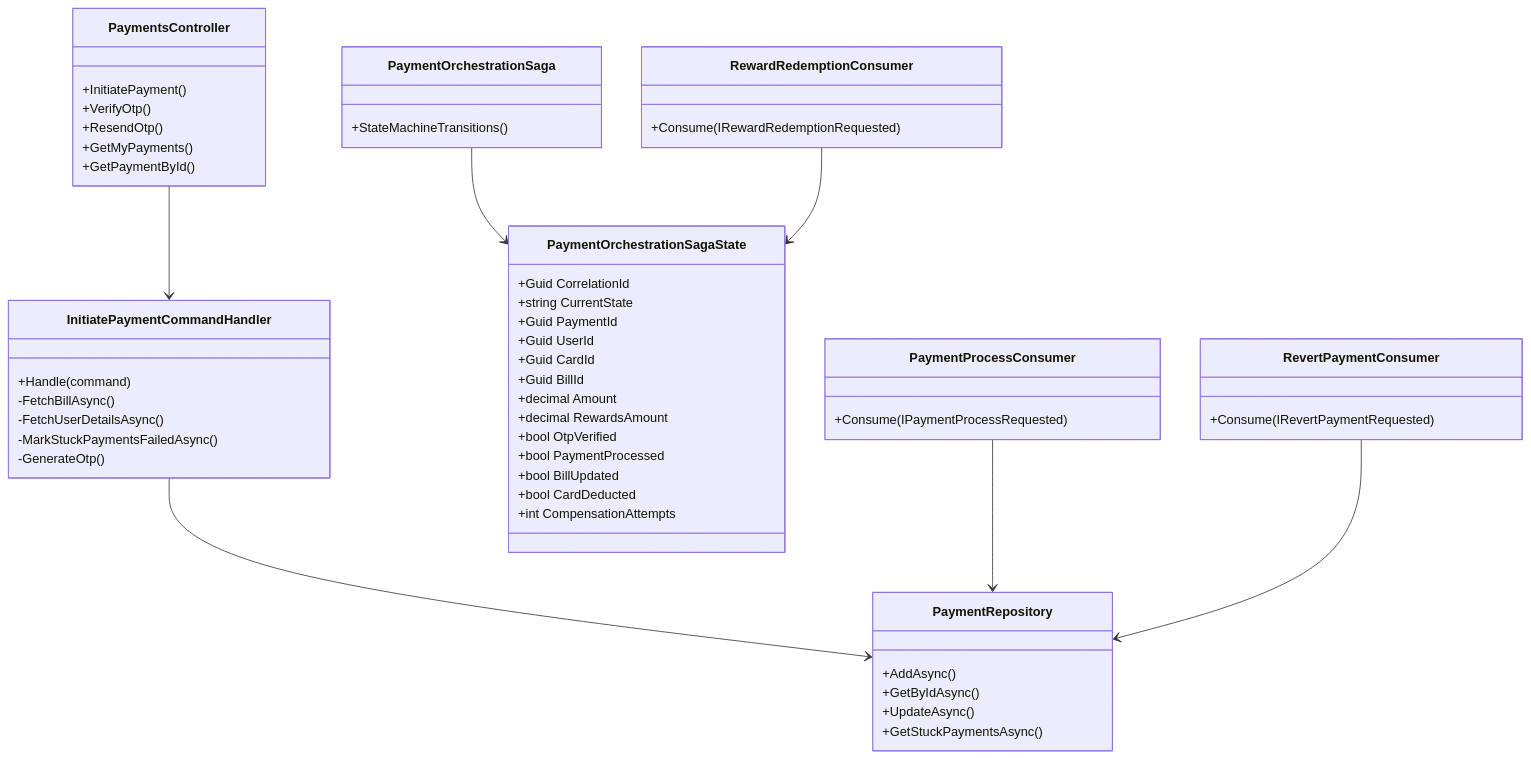
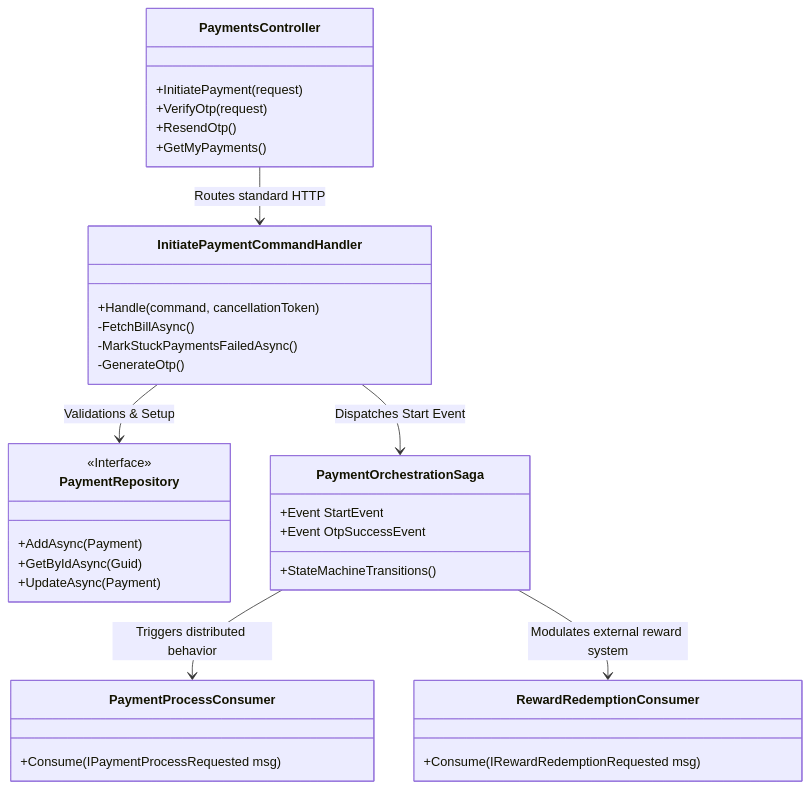
Before and after one commit to TirtharajBarma/cred-vault: the second of 9 diagrams in src/docs/LLD.md, drawn with Mermaid. The commit also changed other lines of this file and 17 other files, not shown here.

````diff
--- a/src/docs/LLD.md
+++ b/src/docs/LLD.md
@@ -92,64 +103,43 @@
 ```mermaid
 classDiagram
     class PaymentsController {
-      +InitiatePayment()
-      +VerifyOtp()
+      +InitiatePayment(request)
+      +VerifyOtp(request)
       +ResendOtp()
       +GetMyPayments()
-      +GetPaymentById()
     }
 
     class InitiatePaymentCommandHandler {
-      +Handle(command)
+      +Handle(command, cancellationToken)
       -FetchBillAsync()
-      -FetchUserDetailsAsync()
       -MarkStuckPaymentsFailedAsync()
       -GenerateOtp()
     }
 
     class PaymentRepository {
-      +AddAsync()
-      +GetByIdAsync()
-      +UpdateAsync()
-      +GetStuckPaymentsAsync()
+      <<Interface>>
+      +AddAsync(Payment)
+      +GetByIdAsync(Guid)
+      +UpdateAsync(Payment)
     }
 
     class PaymentOrchestrationSaga {
       +StateMachineTransitions()
-    }
-
-    class PaymentOrchestrationSagaState {
-      +Guid CorrelationId
-      +string CurrentState
-      +Guid PaymentId
-      +Guid UserId
-      +Guid CardId
-      +Guid BillId
-      +decimal Amount
-      +decimal RewardsAmount
-      +bool OtpVerified
-      +bool PaymentProcessed
-      +bool BillUpdated
-      +bool CardDeducted
-      +int CompensationAttempts
+      +Event<IStartPaymentOrchestration> StartEvent
+      +Event<IOtpVerified> OtpSuccessEvent
     }
 
     class PaymentProcessConsumer {
-      +Consume(IPaymentProcessRequested)
-    }
-
-    class RevertPaymentConsumer {
-      +Consume(IRevertPaymentRequested)
+      +Consume(IPaymentProcessRequested msg)
     }
 
     class RewardRedemptionConsumer {
-      +Consume(IRewardRedemptionRequested)
+      +Consume(IRewardRedemptionRequested msg)
     }
 
-    PaymentsController --> InitiatePaymentCommandHandler
-    InitiatePaymentCommandHandler --> PaymentRepository
-    PaymentOrchestrationSaga --> PaymentOrchestrationSagaState
-    PaymentProcessConsumer --> PaymentRepository
-    RevertPaymentConsumer --> PaymentRepository
-    RewardRedemptionConsumer --> PaymentOrchestrationSagaState
+    PaymentsController --> InitiatePaymentCommandHandler : Routes standard HTTP
+    InitiatePaymentCommandHandler --> PaymentRepository : Validations & Setup
+    InitiatePaymentCommandHandler --> PaymentOrchestrationSaga : Dispatches Start Event
+    PaymentOrchestrationSaga --> PaymentProcessConsumer : Triggers distributed behavior
+    PaymentOrchestrationSaga --> RewardRedemptionConsumer : Modulates external reward system
 ```
````
